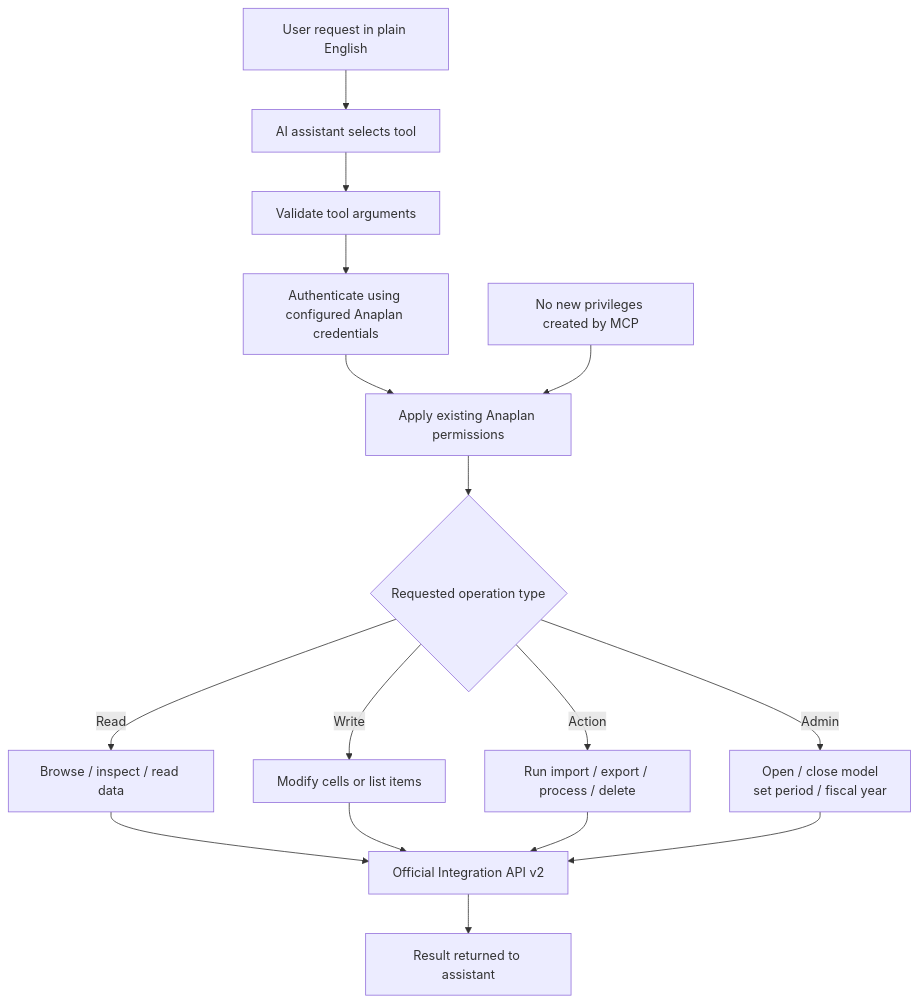
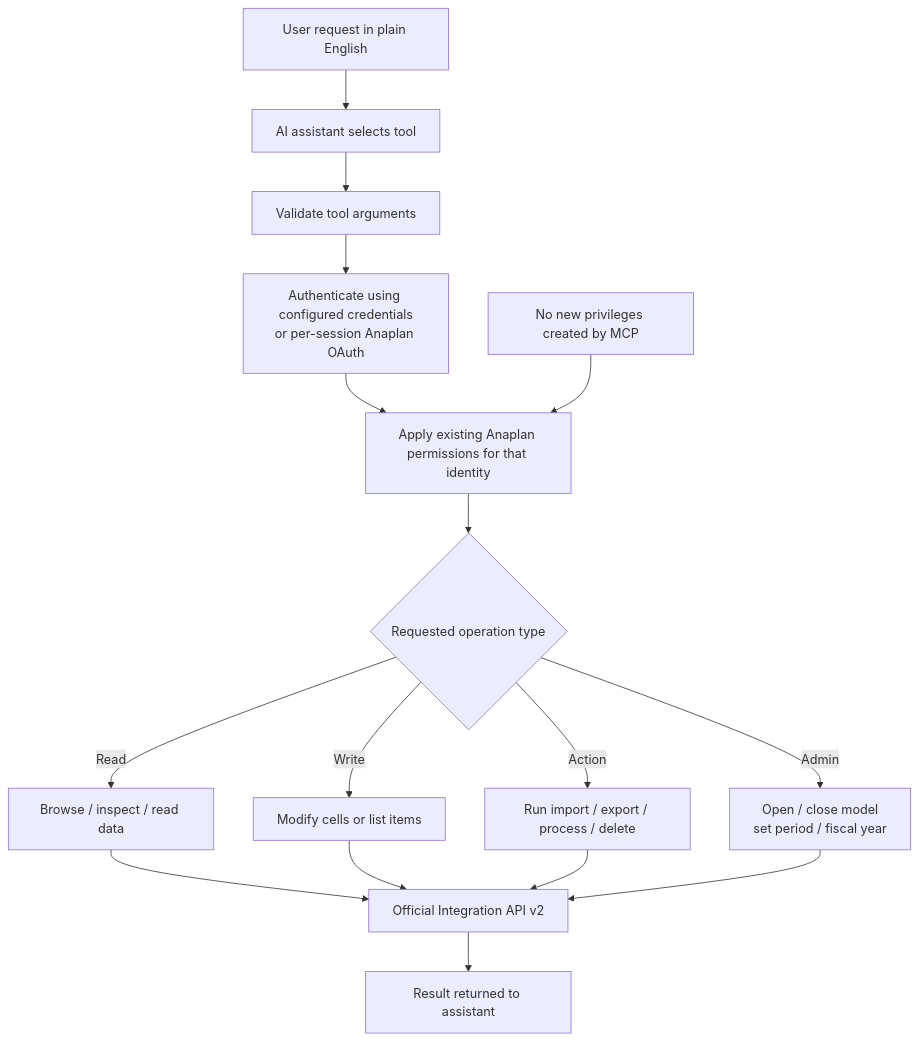
The third of 3 diagrams in docs/architecture/overview.md (lionelsultan/anaplan-mcp), drawn with Mermaid before and after one commit. The commit also changed other lines of this file and 13 other files, not shown here.

````diff
--- a/docs/architecture/overview.md
+++ b/docs/architecture/overview.md
@@ -111,22 +112,22 @@
 ```mermaid
 flowchart TD
     U[User request in plain English] --> C[AI assistant selects tool]
     C --> V[Validate tool arguments]
-    V --> A[Authenticate using configured Anaplan credentials]
-    A --> P[Apply existing Anaplan permissions]
+    V --> A[Authenticate using configured credentials<br/>or per-session Anaplan OAuth]
+    A --> P[Apply existing Anaplan permissions for that identity]
     P --> D{Requested operation type}
 
     D -->|Read| R[Browse / inspect / read data]
     D -->|Write| W[Modify cells or list items]
     D -->|Action| X[Run import / export / process / delete]
     D -->|Admin| M[Open / close model<br/>set period / fiscal year]
 
     R --> API[Official Integration API v2]
     W --> API
     X --> API
     M --> API
 
     API --> O[Result returned to assistant]
 
     N[No new privileges created by MCP] --> P
 ```
````
